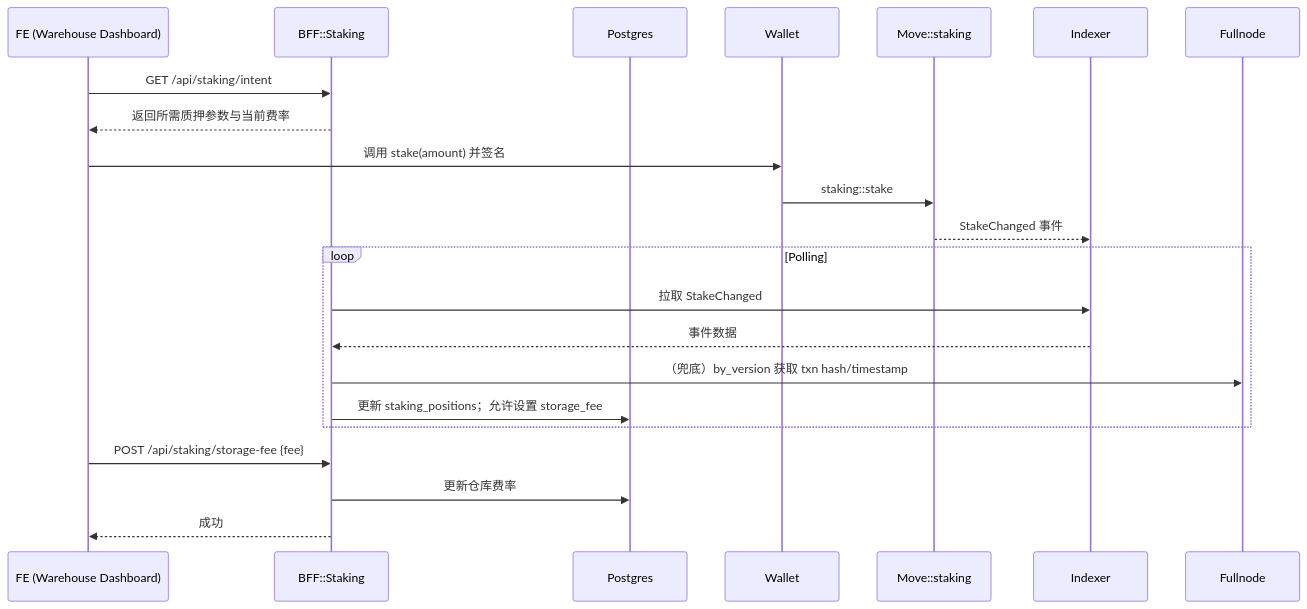
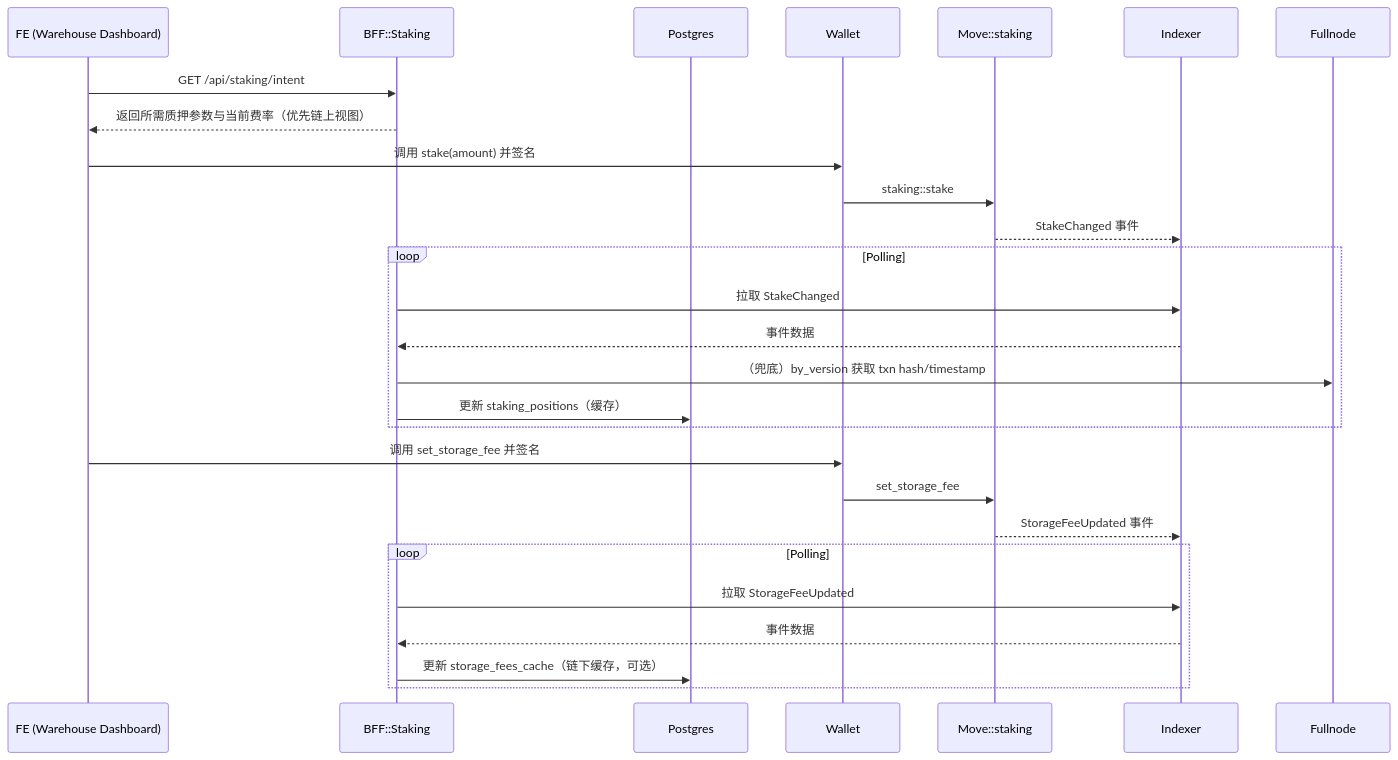
One commit to cyl19970726/haigo changed the third of 9 diagrams in docs/architecture/10-场景化端到端数据流.md. Above: the diagram before and after it, drawn with Mermaid. The commit also changed other lines of this file and 100 other files, not shown here.

````diff
--- a/docs/architecture/10-场景化端到端数据流.md
+++ b/docs/architecture/10-场景化端到端数据流.md
@@ -96,25 +97,30 @@
 ```mermaid
 sequenceDiagram
   participant FE as FE (Warehouse Dashboard)
   participant BFF as BFF::Staking
   participant DB as Postgres
   participant Wallet
   participant Move as Move::staking
   participant Indexer
   participant Fullnode
 
   FE->>BFF: GET /api/staking/intent
-  BFF-->>FE: 返回所需质押参数与当前费率
+  BFF-->>FE: 返回所需质押参数与当前费率（优先链上视图）
   FE->>Wallet: 调用 stake(amount) 并签名
   Wallet->>Move: staking::stake
   Move-->>Indexer: StakeChanged 事件
   loop Polling
     BFF->>Indexer: 拉取 StakeChanged
     Indexer-->>BFF: 事件数据
     BFF->>Fullnode: （兜底）by_version 获取 txn hash/timestamp
-    BFF->>DB: 更新 staking_positions；允许设置 storage_fee
+    BFF->>DB: 更新 staking_positions（缓存）
   end
-  FE->>BFF: POST /api/staking/storage-fee {fee}
-  BFF->>DB: 更新仓库费率
-  BFF-->>FE: 成功
+  FE->>Wallet: 调用 set_storage_fee 并签名
+  Wallet->>Move: set_storage_fee
+  Move-->>Indexer: StorageFeeUpdated 事件
+  loop Polling
+    BFF->>Indexer: 拉取 StorageFeeUpdated
+    Indexer-->>BFF: 事件数据
+    BFF->>DB: 更新 storage_fees_cache（链下缓存，可选）
+  end
 ```
````
